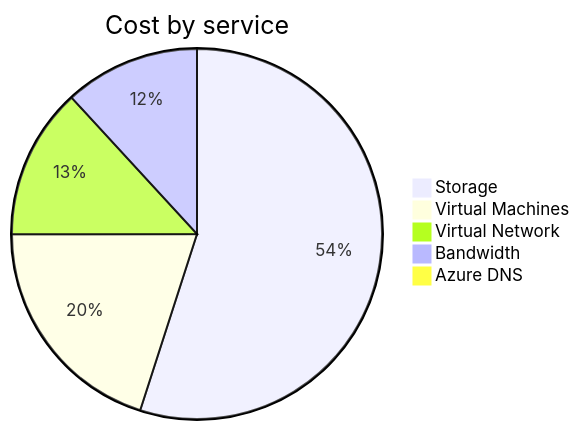
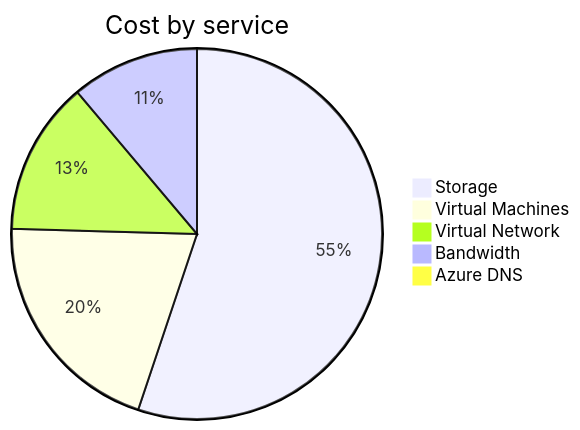
Before and after one commit to jpfulton/azure-personal-reports: the second of 4 diagrams in cost-reports/personal-network/README.md, drawn with Mermaid. The commit also changed other lines of this file and 8 other files, not shown here.

````diff
--- a/cost-reports/personal-network/README.md
+++ b/cost-reports/personal-network/README.md
@@ -99,9 +99,9 @@
 ```mermaid
 pie
    title Cost by service
-   "Storage" : 12.96
-   "Virtual Machines" : 4.72
-   "Virtual Network" : 3.11
+   "Storage" : 13.79
+   "Virtual Machines" : 5.08
+   "Virtual Network" : 3.35
    "Bandwidth" : 2.79
-   "Azure DNS" : 0.21
+   "Azure DNS" : 0.22
 ```
````
